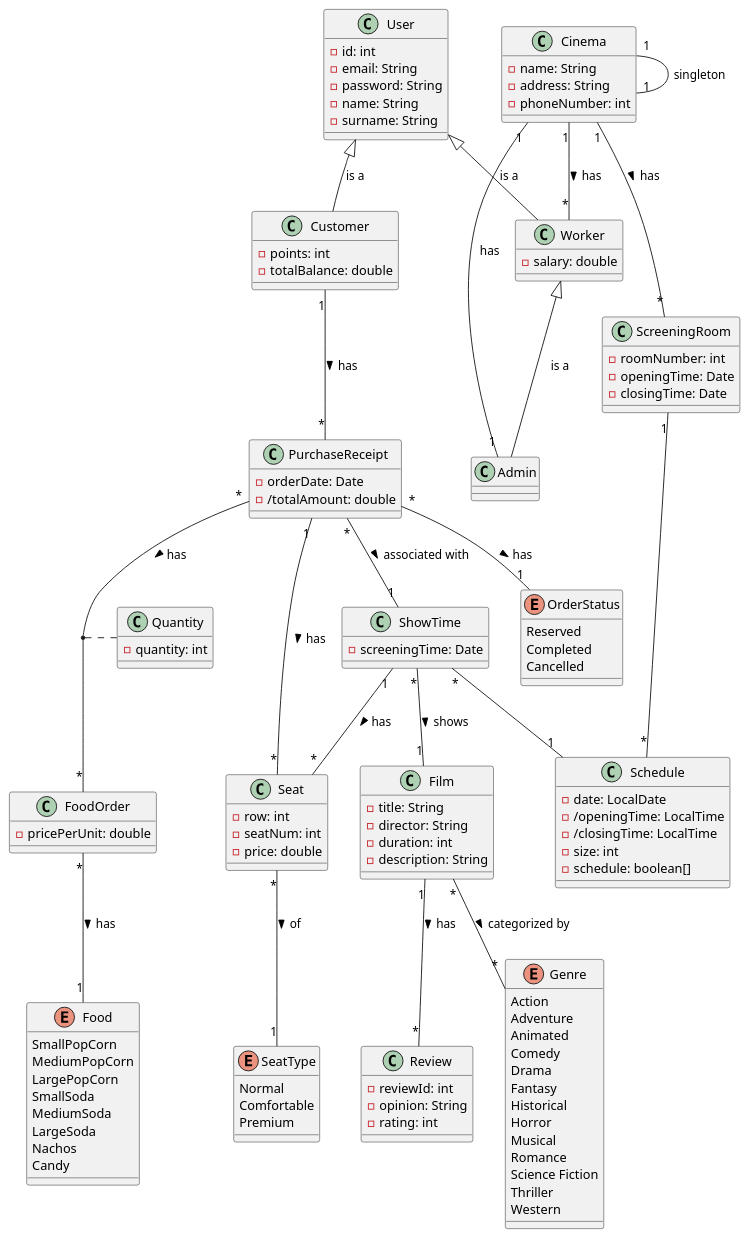
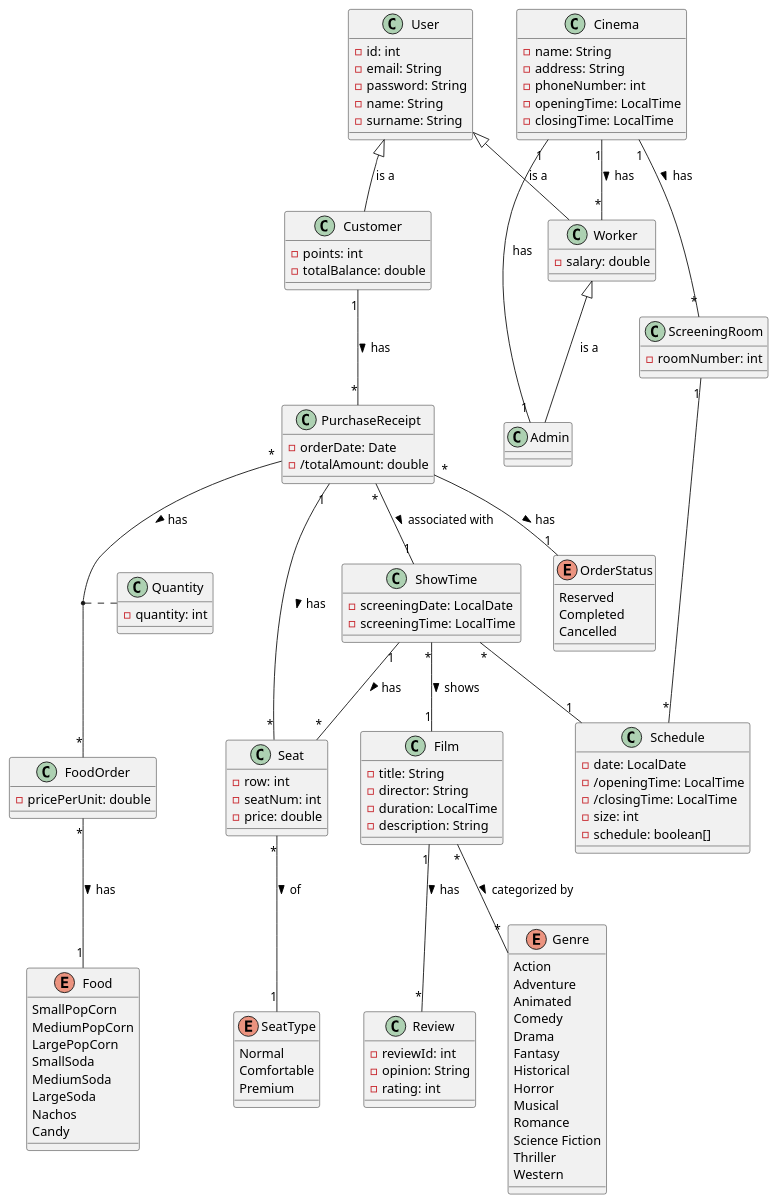
Before and after one commit to BenatErzibengoa/Cinema-app: the diagram in docs/Domain_Model/DomainModel.puml, drawn with PlantUML.

Commit message:
Domain Model updated

```diff
--- a/docs/Domain_Model/DomainModel.puml
+++ b/docs/Domain_Model/DomainModel.puml
@@ -2,144 +2,144 @@
 @startuml
 class User{
   -id: int
   -email: String
   -password: String
   -name: String
   -surname: String
 
 }
 
 class Customer{
   -points: int
   -totalBalance: double
 }
 
 class Worker{
     -salary: double
 }
 
 class Admin{
 }
 
 class Cinema{
     -name: String
     -address: String
     -phoneNumber: int
+    -openingTime: LocalTime
+    -closingTime: LocalTime
 }
 
 class PurchaseReceipt{
   -orderDate: Date
   -/totalAmount: double
 }
 
 class Schedule{
   -date: LocalDate
   -/openingTime: LocalTime
   -/closingTime: LocalTime
   -size: int
   -schedule: boolean[]
 }
 
 class FoodOrder{
   -pricePerUnit: double
 }
 
 class ScreeningRoom{
   -roomNumber: int
-  -openingTime: Date
-  -closingTime: Date
 }
 
 class ShowTime{
-  -screeningTime: Date
+  -screeningDate: LocalDate
+  -screeningTime: LocalTime
 }
 
 class Film{
   -title: String
   -director: String
-  -duration: int
+  -duration: LocalTime
   -description: String
 }
 
 class Review{
   -reviewId: int
   -opinion: String
   -rating: int
 }
 
 class Seat{
   -row: int
   -seatNum: int
   -price: double
 }
 
 class Quantity{
   -quantity: int
 }
 
 enum Genre{
   Action
   Adventure
   Animated
   Comedy
   Drama
   Fantasy
   Historical
   Horror
   Musical
   Romance
   Science Fiction
   Thriller
   Western
 }
 
 enum OrderStatus{
   Reserved
   Completed
   Cancelled
 }
 
 enum Food{
   SmallPopCorn
   MediumPopCorn
   LargePopCorn
   SmallSoda
   MediumSoda
   LargeSoda
   Nachos
   Candy
 }
 
 enum SeatType{
   Normal
   Comfortable
   Premium
 }
 
 User <|-- Customer: is a
 User <|-- Worker: is a
 Worker<|-- Admin: is a
 
 Customer "1" -- "*" PurchaseReceipt: has >
 Cinema "1" -- "*" ScreeningRoom: has >
-Cinema "1" -- "1" Cinema: singleton
 Cinema "1" -- "1" Admin: has
 Cinema "1" -- "*" Worker: has >
 
 ScreeningRoom "1" -- "*" Schedule
 ShowTime "1" -- "*" Seat: has >
 ShowTime "*" -- "1" Schedule
 
 Seat "*" -- "1" SeatType: of >
 ShowTime "*" -- "1" Film: shows >
 Film "1" -- "*" Review: has >
 Film "*" -- "*" Genre : categorized by >
 
 PurchaseReceipt "1" -- "*" Seat: has >
 PurchaseReceipt "*" -- "1" ShowTime: associated with >
 PurchaseReceipt "*" -- "1" OrderStatus : has >
 PurchaseReceipt "*" -- "*" FoodOrder: has >
 
 FoodOrder "*" -- "1" Food: has >
 (PurchaseReceipt, FoodOrder) .. Quantity
 @enduml
```
